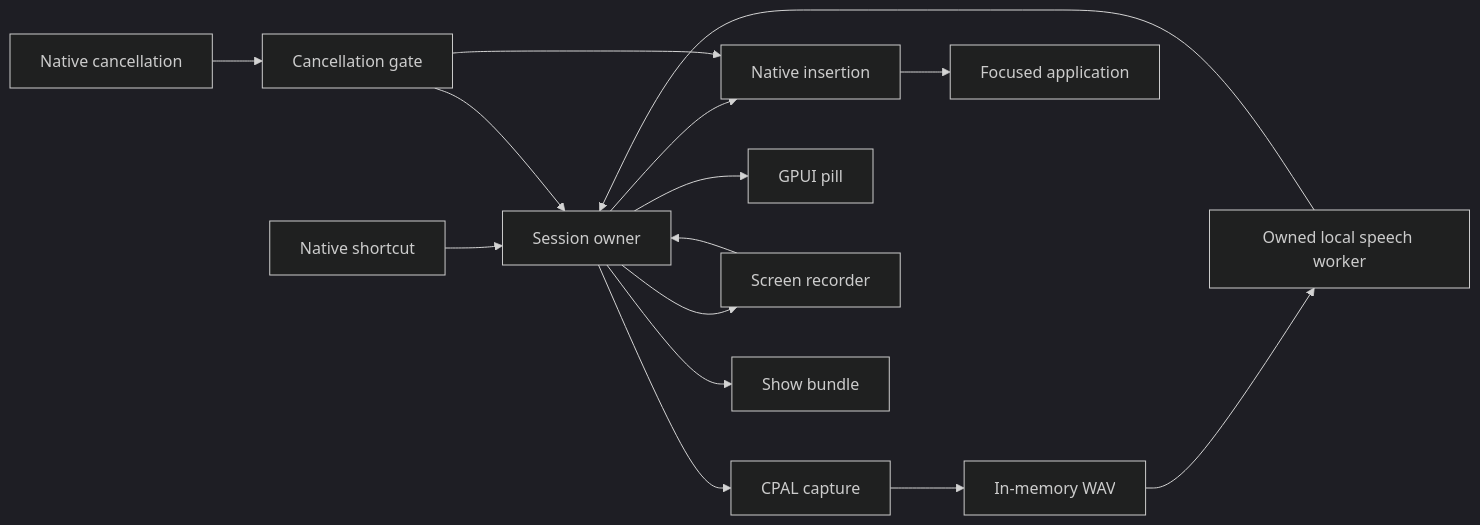
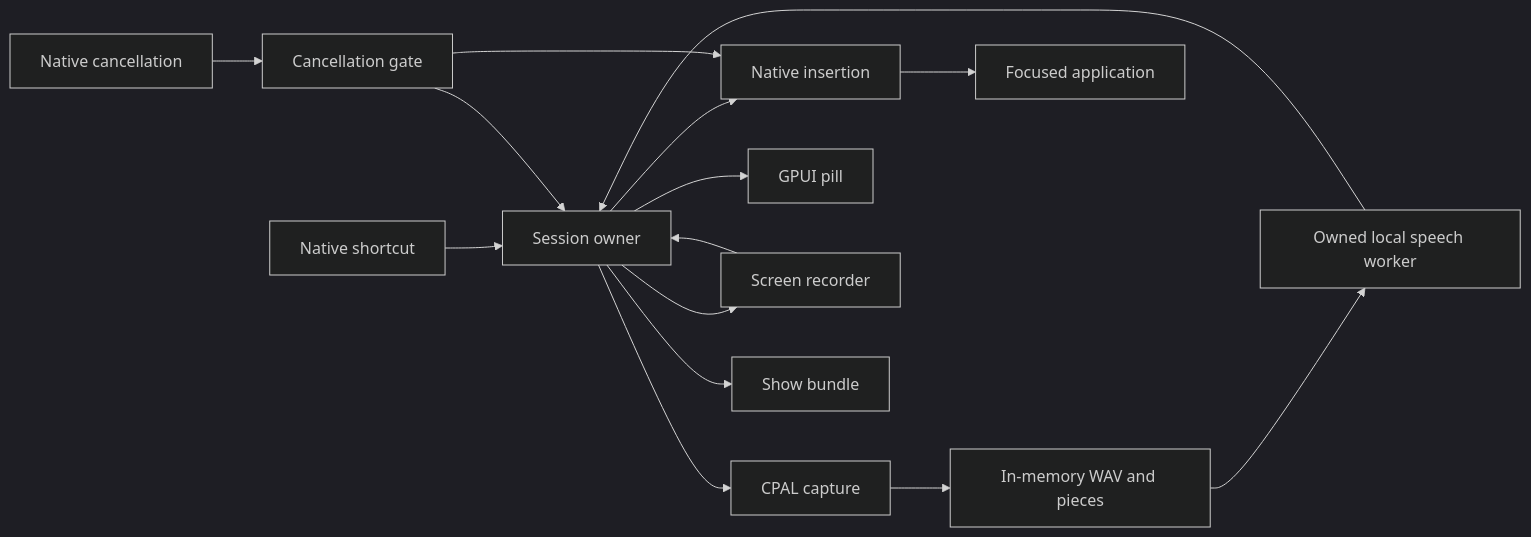
The first of 2 diagrams in docs/architecture.md (KrishRVH/speakeasy), drawn with Mermaid (dark theme) before and after one commit. The commit also changed other lines of this file and 44 other files, not shown here.

````diff
--- a/docs/architecture.md
+++ b/docs/architecture.md
@@ -10,17 +10,17 @@
 ```mermaid
 flowchart LR
     Shortcut[Native shortcut] --> Session[Session owner]
     Session --> Capture[CPAL capture]
-    Capture --> Audio[In-memory WAV]
+    Capture --> Audio[In-memory WAV and pieces]
     Audio --> Worker[Owned local speech worker]
     Worker --> Session
     Session --> Insert[Native insertion]
     Insert --> Editor[Focused application]
     Session --> Pill[GPUI pill]
     Session --> Screen[Screen recorder]
     Screen --> Session
     Session --> Bundle[Show bundle]
     Cancel[Native cancellation] --> Gate[Cancellation gate]
     Gate --> Session
     Gate --> Insert
 ```
````
